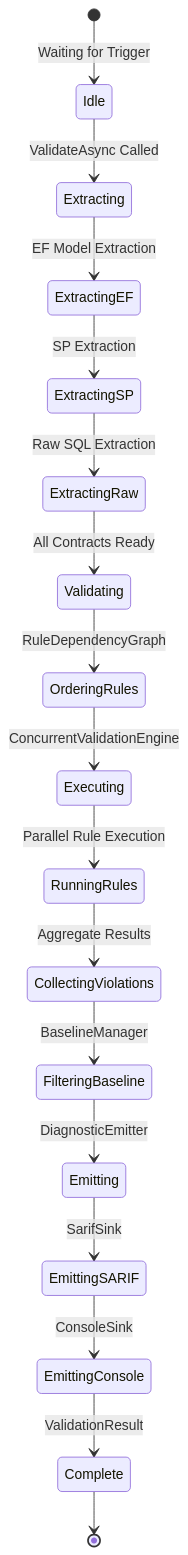
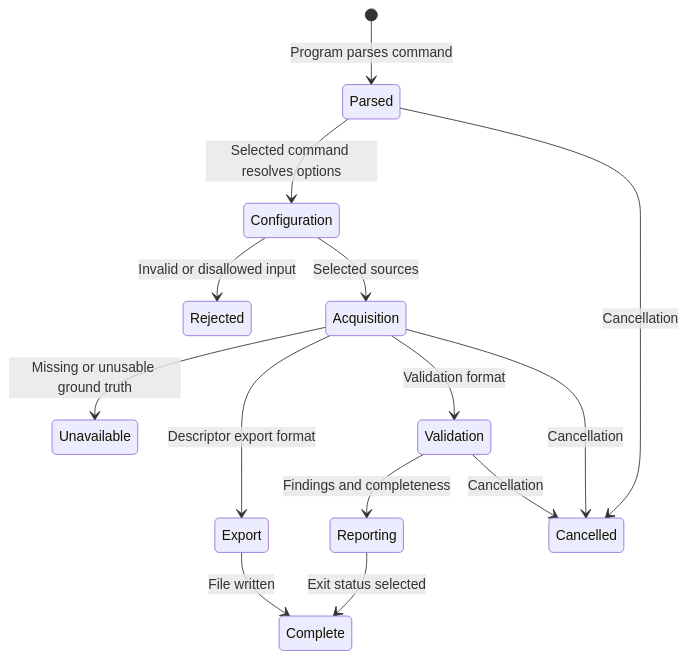
The first of 3 diagrams in docs/STAGE_FLOW.md (thanhnt-sm/eco_support_net_oracle), drawn with Mermaid before and after one commit. The commit also changed other lines of this file and 98 other files, not shown here.

````diff
--- a/docs/STAGE_FLOW.md
+++ b/docs/STAGE_FLOW.md
@@ -58,19 +7,16 @@
 ```mermaid
 stateDiagram-v2
-    [*] --> Idle: Waiting for Trigger
-    Idle --> Extracting: ValidateAsync Called
-    Extracting --> ExtractingEF: EF Model Extraction
-    ExtractingEF --> ExtractingSP: SP Extraction
-    ExtractingSP --> ExtractingRaw: Raw SQL Extraction
-    ExtractingRaw --> Validating: All Contracts Ready
-    Validating --> OrderingRules: RuleDependencyGraph
-    OrderingRules --> Executing: ConcurrentValidationEngine
-    Executing --> RunningRules: Parallel Rule Execution
-    RunningRules --> CollectingViolations: Aggregate Results
-    CollectingViolations --> FilteringBaseline: BaselineManager
-    FilteringBaseline --> Emitting: DiagnosticEmitter
-    Emitting --> EmittingSARIF: SarifSink
-    EmittingSARIF --> EmittingConsole: ConsoleSink
-    EmittingConsole --> Complete: ValidationResult
-    Complete --> [*]
+    [*] --> Parsed: Program parses command
+    Parsed --> Configuration: Selected command resolves options
+    Configuration --> Rejected: Invalid or disallowed input
+    Configuration --> Acquisition: Selected sources
+    Acquisition --> Unavailable: Missing or unusable ground truth
+    Acquisition --> Export: Descriptor export format
+    Export --> Complete: File written
+    Acquisition --> Validation: Validation format
+    Validation --> Reporting: Findings and completeness
+    Reporting --> Complete: Exit status selected
+    Parsed --> Cancelled: Cancellation
+    Acquisition --> Cancelled: Cancellation
+    Validation --> Cancelled: Cancellation
 ```
````
